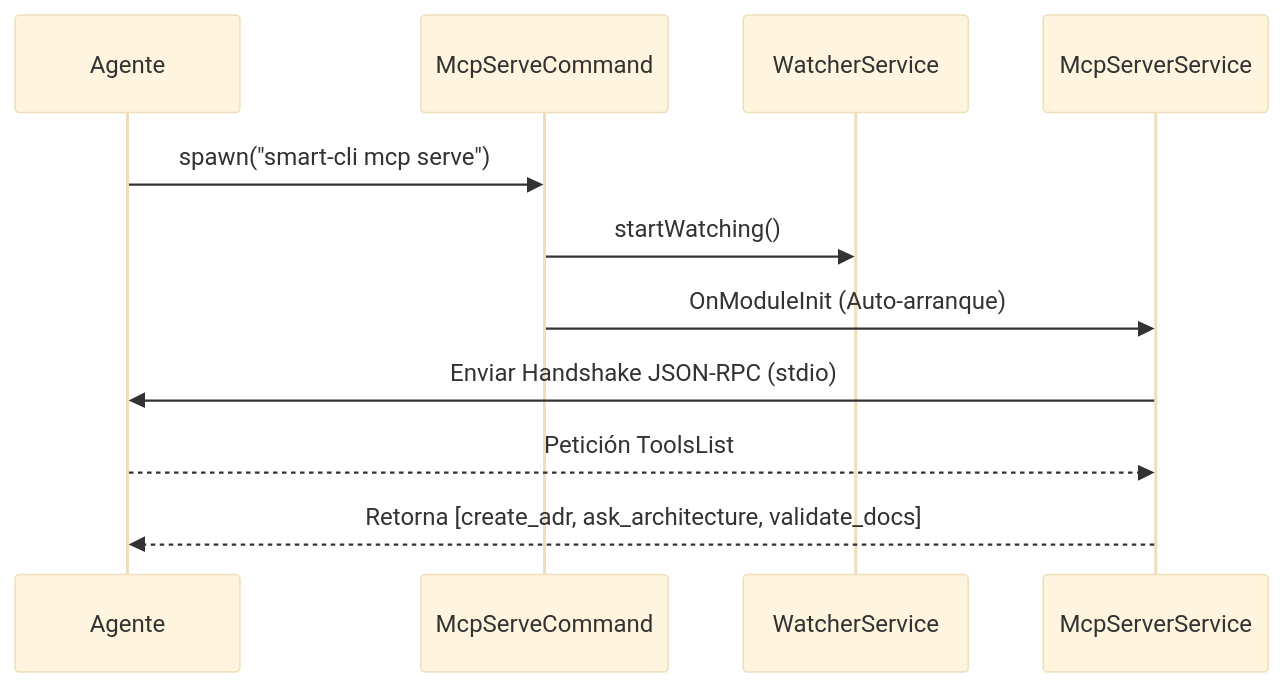
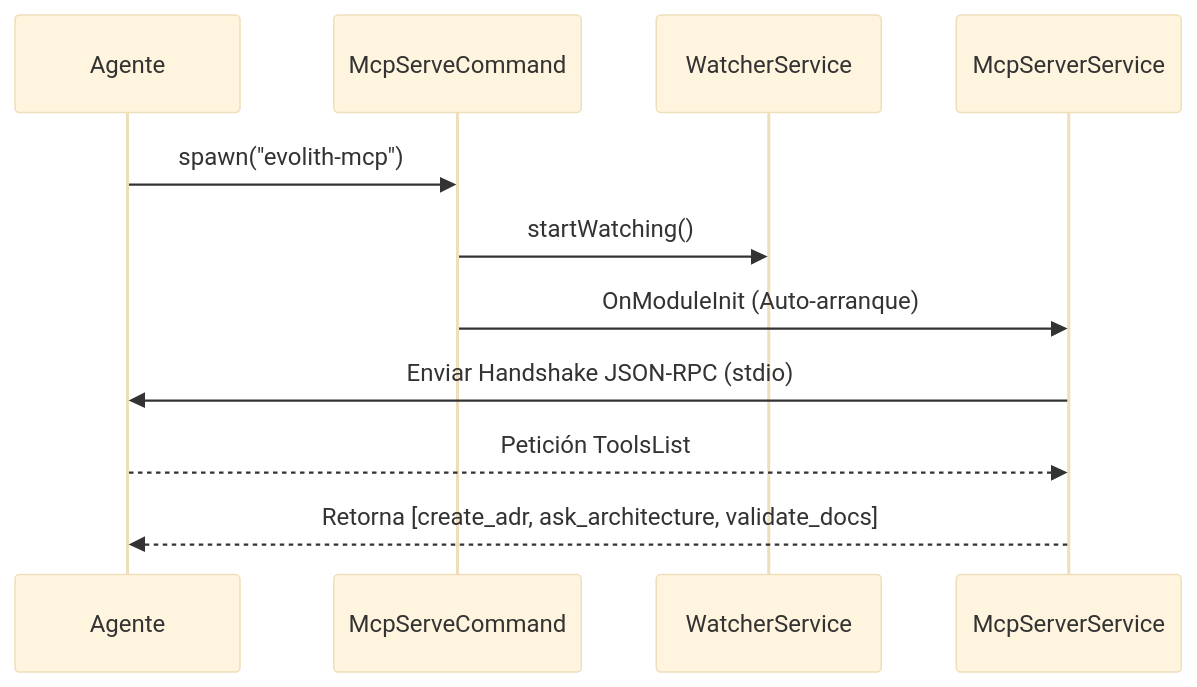
One commit to beyondnetcode/evolith_arch32 changed the third of 3 diagrams in reference/core/architecture/foundations/technical-design.es.md. Above: the diagram before and after it, drawn with Mermaid (base theme). The commit also changed other lines of this file and 195 other files, not shown here.

First line of the commit message:
refactor(brand): align "Smart CLI" → "Evolith CLI" across docs, code, npm, and assemblies

````diff
--- a/reference/core/architecture/foundations/technical-design.es.md
+++ b/reference/core/architecture/foundations/technical-design.es.md
@@ -52,14 +52,14 @@
 ```mermaid
 sequenceDiagram
     participant Agente
     participant McpServeCommand
     participant WatcherService
     participant McpServerService
 
-    Agente->>McpServeCommand: spawn("smart-cli mcp serve")
+    Agente->>McpServeCommand: spawn("evolith-mcp")
     McpServeCommand->>WatcherService: startWatching()
     McpServeCommand->>McpServerService: OnModuleInit (Auto-arranque)
     McpServerService->>Agente: Enviar Handshake JSON-RPC (stdio)
     Agente-->>McpServerService: Petición ToolsList
     McpServerService-->>Agente: Retorna [create_adr, ask_architecture, validate_docs]
 ```
````
